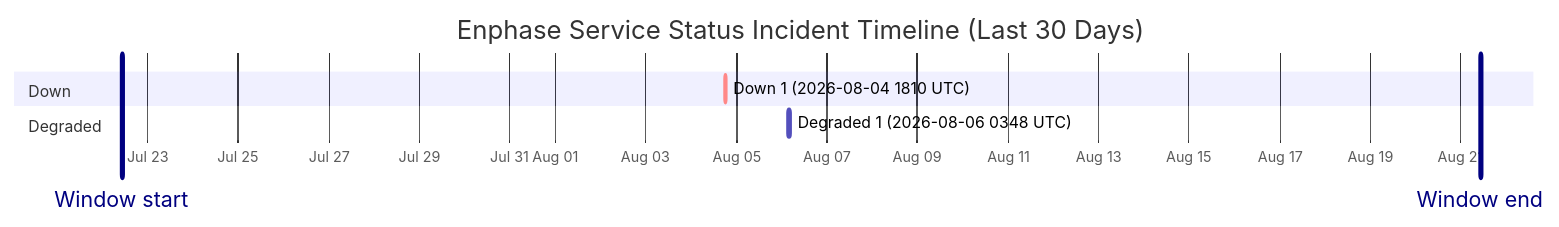
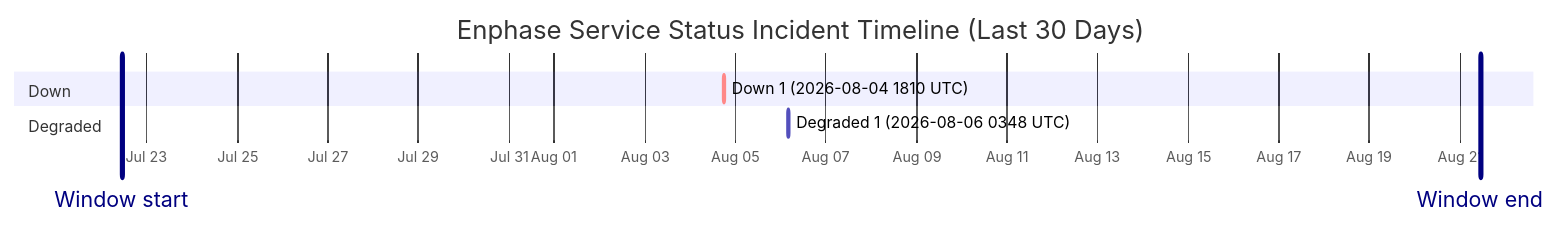
One commit to barneyonline/ha-enphase-energy changed the diagram in wiki/Service-Status-History.md. Above: the diagram before and after it, drawn with Mermaid. The commit also changed other lines of this file and 3 other files, not shown here.

````diff
--- a/wiki/Service-Status-History.md
+++ b/wiki/Service-Status-History.md
@@ -14,12 +14,12 @@
 ```mermaid
 gantt
     title Enphase Service Status Incident Timeline (Last 30 Days)
     dateFormat  YYYY-MM-DDTHH:mm:ss
     axisFormat  %b %d
-    Window start :vert, window-start, 2026-07-22T10:27:44, 0ms
-    Window end :vert, window-end, 2026-08-21T10:27:44, 0ms
+    Window start :vert, window-start, 2026-07-22T10:58:30, 0ms
+    Window end :vert, window-end, 2026-08-21T10:58:30, 0ms
     section Down
     Down 1 (2026-08-04 1810 UTC) :crit, down-1, 2026-08-04T18:10:46, 60m
     section Degraded
     Degraded 1 (2026-08-06 0348 UTC) :active, degraded-1, 2026-08-06T03:48:14, 60m
 ```
````
